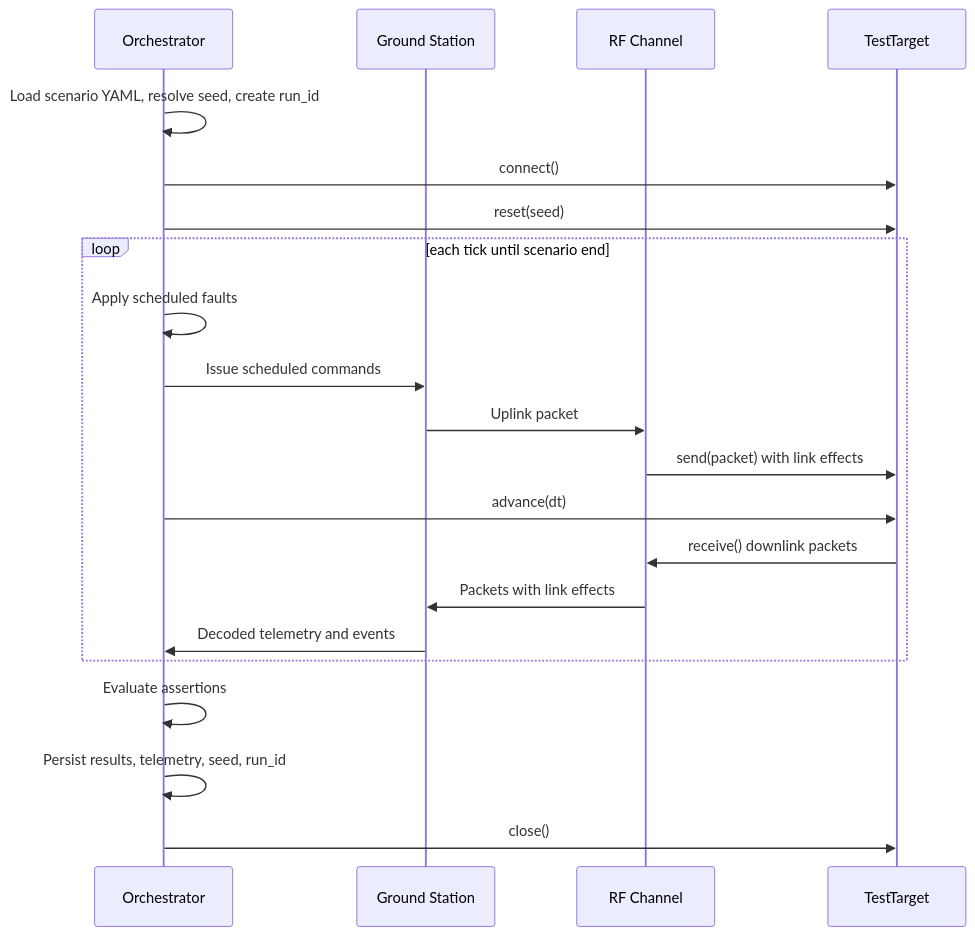
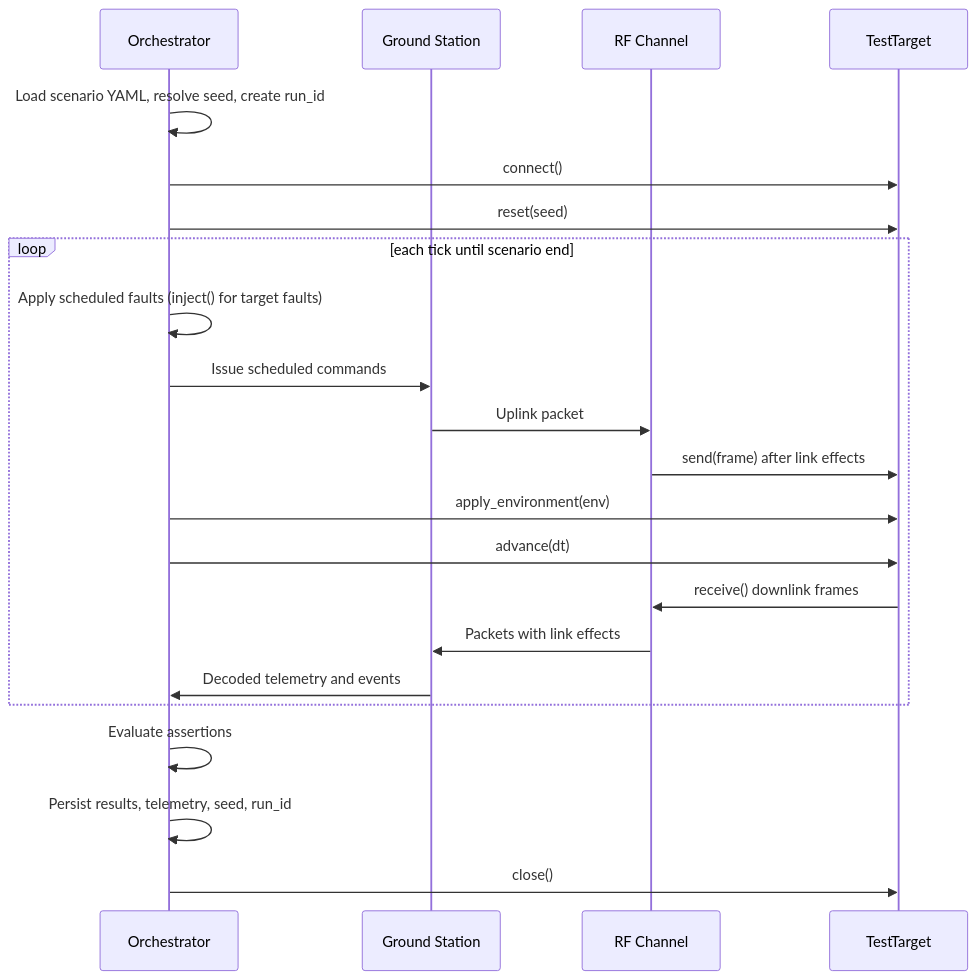
Before and after one commit to solaranoir/pocketsat-testlab: the second of 2 diagrams in docs/architecture.md, drawn with Mermaid. The commit also changed other lines of this file, not shown here.

Commit message:
update architecture doc after adr-002

````diff
--- a/docs/architecture.md
+++ b/docs/architecture.md
@@ -98,24 +111,25 @@
 ```mermaid
 sequenceDiagram
     participant O as Orchestrator
     participant G as Ground Station
     participant R as RF Channel
     participant T as TestTarget
 
     O->>O: Load scenario YAML, resolve seed, create run_id
     O->>T: connect()
     O->>T: reset(seed)
     loop each tick until scenario end
-        O->>O: Apply scheduled faults
+        O->>O: Apply scheduled faults (inject() for target faults)
         O->>G: Issue scheduled commands
         G->>R: Uplink packet
-        R->>T: send(packet) with link effects
+        R->>T: send(frame) after link effects
+        O->>T: apply_environment(env)
         O->>T: advance(dt)
-        T->>R: receive() downlink packets
+        T->>R: receive() downlink frames
         R->>G: Packets with link effects
         G->>O: Decoded telemetry and events
     end
     O->>O: Evaluate assertions
     O->>O: Persist results, telemetry, seed, run_id
     O->>T: close()
 ```
````
